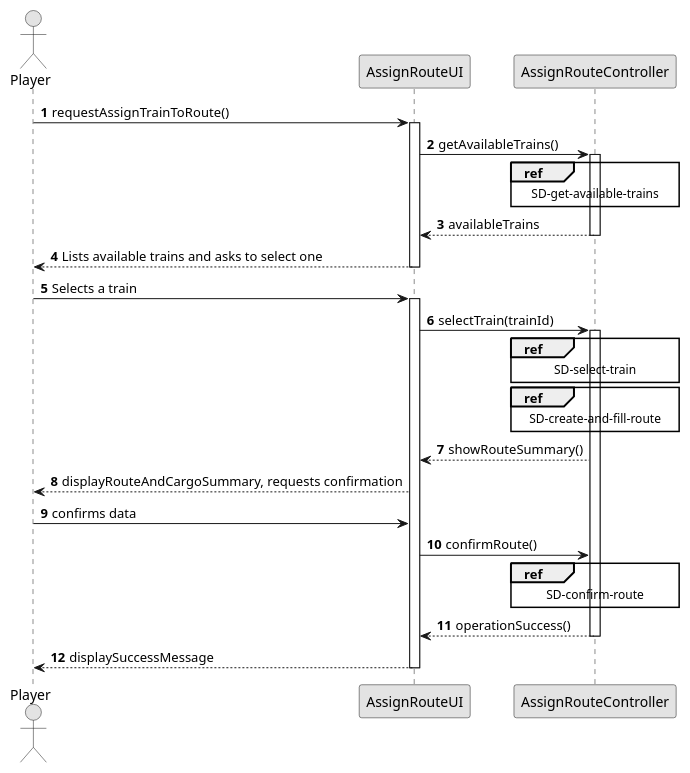
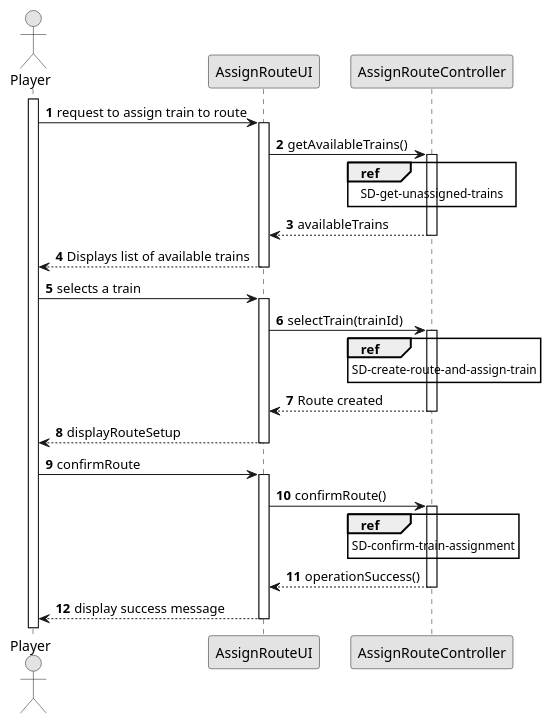
Before and after one commit to Andremonteiro1240850/railway_simulator: the diagram in docs/system-documentation/US10/03.design/puml/US010-split.puml, drawn with PlantUML. The commit also changed 19 other files, not shown here.

```diff
--- a/docs/system-documentation/US10/03.design/puml/US010-split.puml
+++ b/docs/system-documentation/US10/03.design/puml/US010-split.puml
@@ -1,45 +1,47 @@
 @startuml
 skinparam shadowing false
 skinparam linetype polyline
 skinparam monochrome true
 autonumber
 
 actor Player
+activate Player
 participant AssignRouteUI
 participant AssignRouteController
 
-Player -> AssignRouteUI : requestAssignTrainToRoute()
+Player -> AssignRouteUI : request to assign train to route
 activate AssignRouteUI
 AssignRouteUI -> AssignRouteController : getAvailableTrains()
 activate AssignRouteController
 
-ref over AssignRouteController : SD-get-available-trains
+ref over AssignRouteController : SD-get-unassigned-trains
 
 AssignRouteController --> AssignRouteUI : availableTrains
 deactivate AssignRouteController
-AssignRouteUI --> Player : Lists available trains and asks to select one
+AssignRouteUI --> Player : Displays list of available trains
 deactivate AssignRouteUI
 
-Player -> AssignRouteUI : Selects a train
+Player -> AssignRouteUI : selects a train
 activate AssignRouteUI
 AssignRouteUI -> AssignRouteController : selectTrain(trainId)
 activate AssignRouteController
 
-ref over AssignRouteController : SD-select-train
+ref over AssignRouteController : SD-create-route-and-assign-train
 
-ref over AssignRouteController : SD-create-and-fill-route
+AssignRouteController --> AssignRouteUI : Route created
+deactivate AssignRouteController
+AssignRouteUI --> Player : displayRouteSetup
+deactivate AssignRouteUI
 
-AssignRouteController --> AssignRouteUI : showRouteSummary()
-AssignRouteUI --> Player : displayRouteAndCargoSummary, requests confirmation
+Player -> AssignRouteUI : confirmRoute
+activate AssignRouteUI
+AssignRouteUI -> AssignRouteController : confirmRoute()
+activate AssignRouteController
 
-Player -> AssignRouteUI : confirms data
-AssignRouteUI -> AssignRouteController : confirmRoute()
-
-ref over AssignRouteController : SD-confirm-route
+ref over AssignRouteController : SD-confirm-train-assignment
 
 AssignRouteController --> AssignRouteUI : operationSuccess()
 deactivate AssignRouteController
-AssignRouteUI --> Player : displaySuccessMessage
+AssignRouteUI --> Player : display success message
 deactivate AssignRouteUI
-
 @enduml
```
